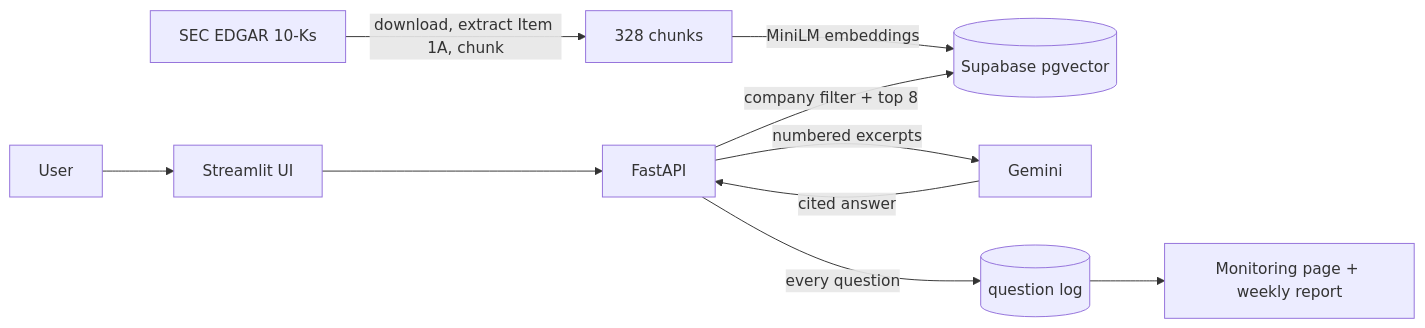
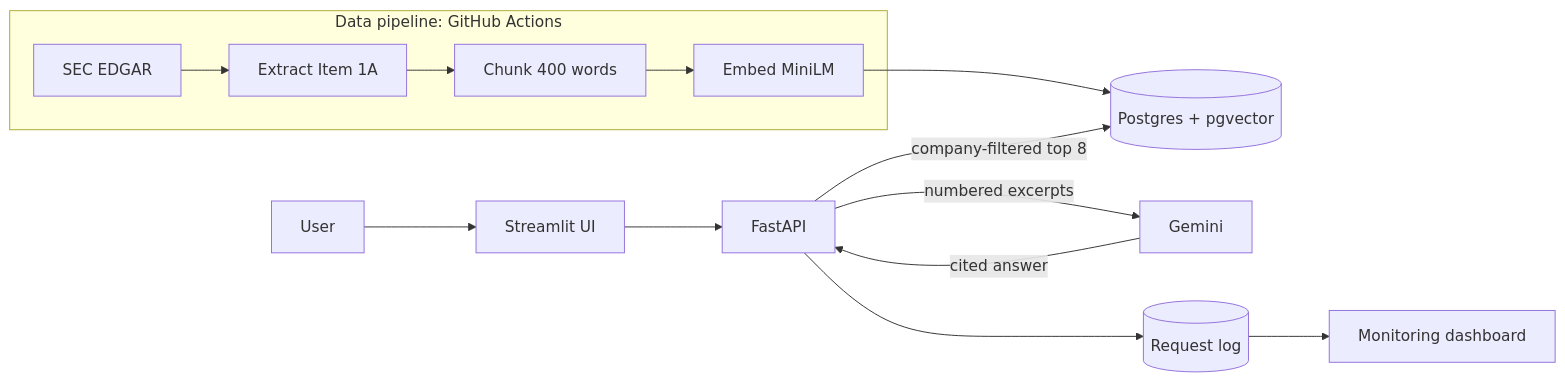
One commit to grizz6/Filings-QA changed the diagram in README.md. Above: the diagram before and after it, drawn with Mermaid. The commit also changed other lines of this file, not shown here.

````diff
--- a/README.md
+++ b/README.md
@@ -39,10 +39,12 @@
 ```mermaid
 flowchart LR
-  SEC[SEC EDGAR 10-Ks] -->|download, extract Item 1A, chunk| CH[328 chunks]
-  CH -->|MiniLM embeddings| PG[(Supabase pgvector)]
+  subgraph Ingestion [Data pipeline: GitHub Actions]
+    SEC[SEC EDGAR] --> P[Extract Item 1A] --> C[Chunk 400 words] --> E[Embed MiniLM]
+  end
+  E --> DB[(Postgres + pgvector)]
   U[User] --> UI[Streamlit UI] --> API[FastAPI]
-  API -->|company filter + top 8| PG
+  API -->|company-filtered top 8| DB
   API -->|numbered excerpts| LLM[Gemini]
   LLM -->|cited answer| API
-  API -->|every question| LOG[(question log)] --> MON[Monitoring page + weekly report]
+  API --> LOG[(Request log)] --> MON[Monitoring dashboard]
 ```
````
